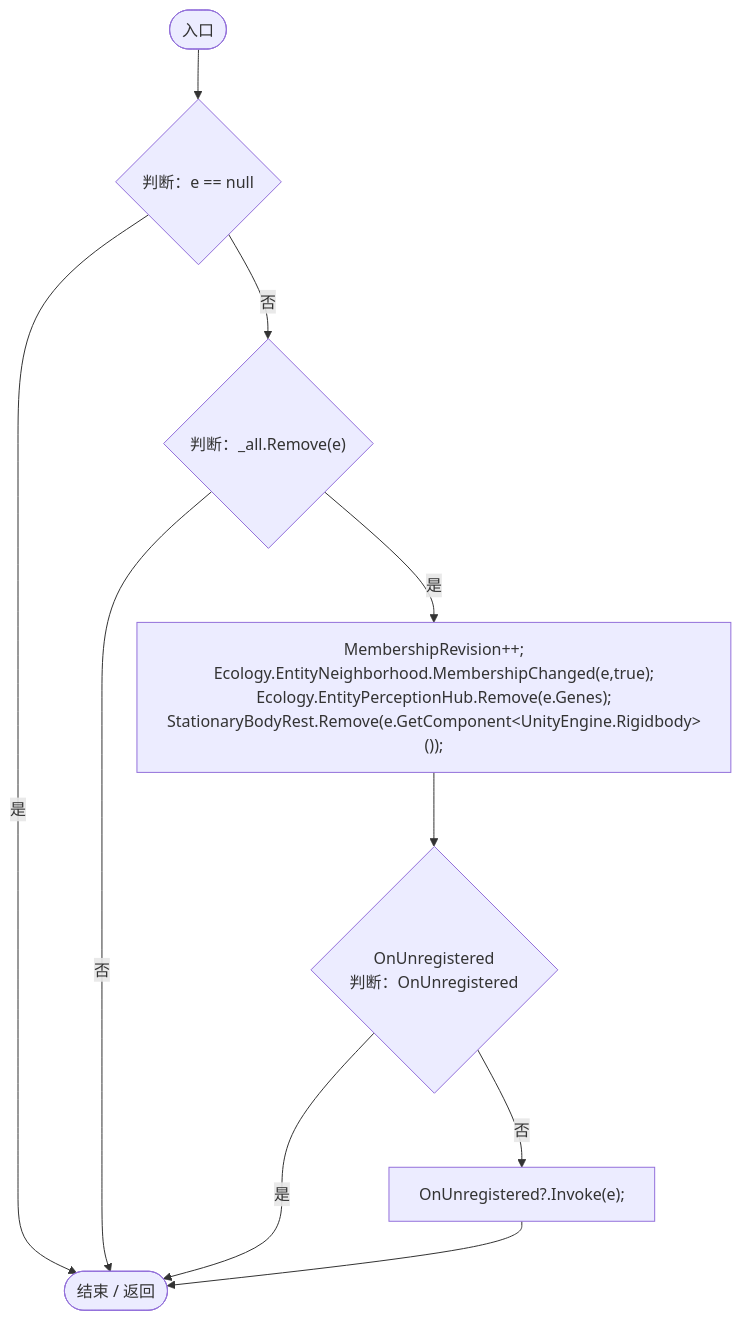
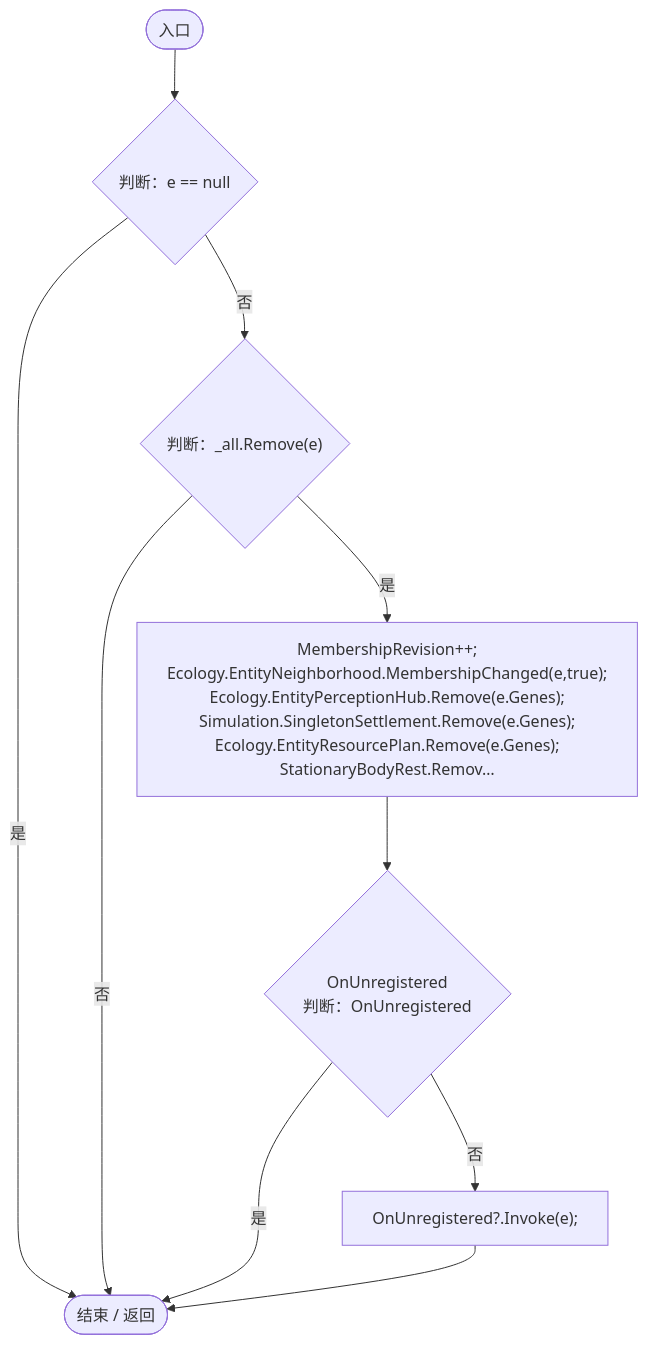
Before and after one commit to xhs6666/Darwin_paradise: the fifth of 6 diagrams in Docs/运行流程图/脚本/2093aaf08559c9f2.md, drawn with Mermaid. The commit also changed other lines of this file and 233 other files, not shown here.

Commit message:
feat: add resumable entity plans and optimize simulation workloads

````diff
--- a/Docs/运行流程图/脚本/2093aaf08559c9f2.md
+++ b/Docs/运行流程图/脚本/2093aaf08559c9f2.md
@@ -116,20 +116,20 @@
 ```mermaid
 flowchart TD
   b0(["入口"])
   b1{"判断：e == null"}
   b2{"判断：_all.Remove(e)"}
-  b3["MembershipRevision++;<br/>Ecology.EntityNeighborhood.MembershipChanged(e,true);<br/>Ecology.EntityPerceptionHub.Remove(e.Genes);<br/>StationaryBodyRest.Remove(e.GetComponent&lt;UnityEngine.Rigidbody&gt;());"]
+  b3["MembershipRevision++;<br/>Ecology.EntityNeighborhood.MembershipChanged(e,true);<br/>Ecology.EntityPerceptionHub.Remove(e.Genes);<br/>Simulation.SingletonSettlement.Remove(e.Genes);<br/>Ecology.EntityResourcePlan.Remove(e.Genes);<br/>StationaryBodyRest.Remov…"]
   b4{"OnUnregistered<br/>判断：OnUnregistered"}
   b5["OnUnregistered?.Invoke(e);"]
   b6(["结束 / 返回"])
   b0 --> b1
   b1 -->|"否"| b2
   b1 -->|"是"| b6
   b2 -->|"否"| b6
   b2 -->|"是"| b3
   b3 --> b4
   b4 -->|"否"| b5
   b4 -->|"是"| b6
   b5 --> b6
 
 ```
````
